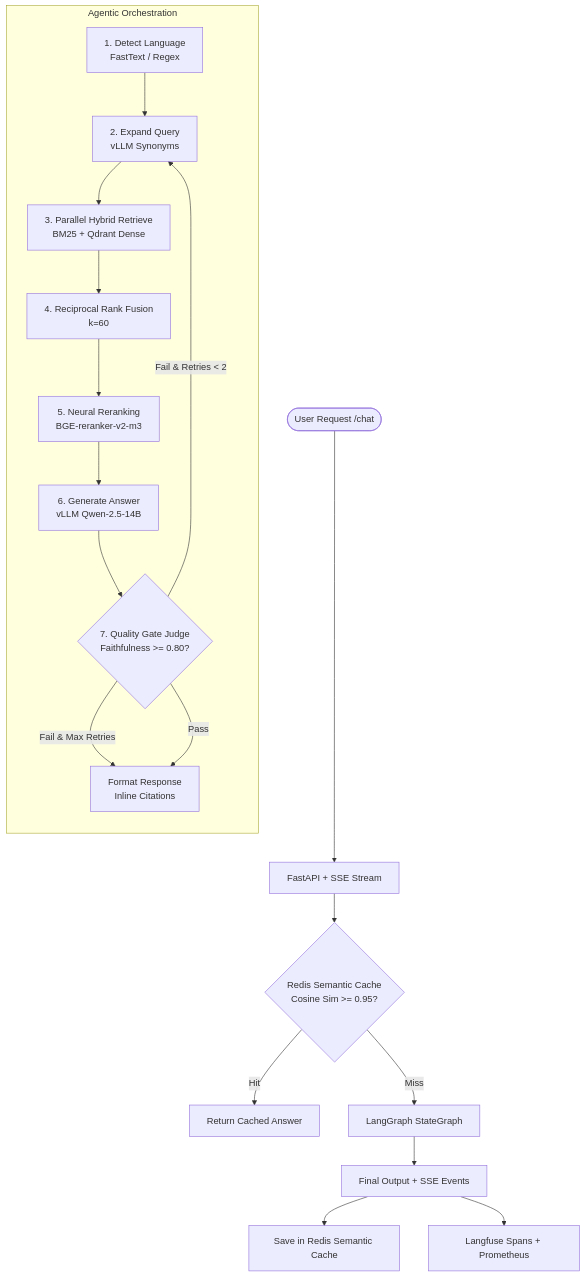
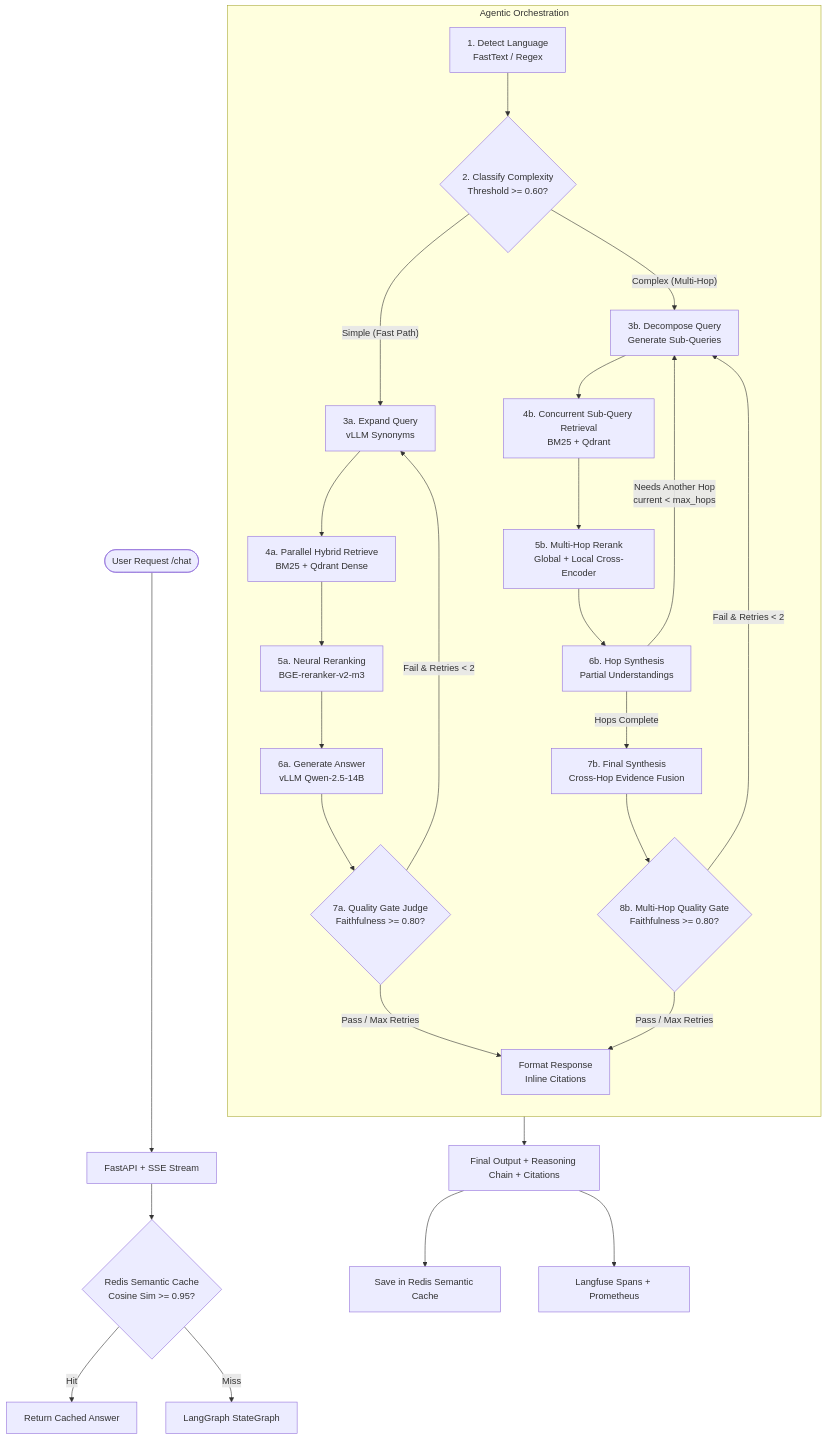
The diagram in README.md (FaizanAKhan786/muhawir), drawn with Mermaid before and after one commit. The commit also changed other lines of this file and 8 other files, not shown here.

Commit message:
feat(agents): add autonomous multi-hop reasoning engine with dynamic query decomposition and cross-hop synthesis

````diff
--- a/README.md
+++ b/README.md
@@ -35,24 +35,36 @@
 ```mermaid
 flowchart TD
     User([User Request /chat]) --> API[FastAPI + SSE Stream]
     API --> CacheCheck{Redis Semantic Cache\nCosine Sim >= 0.95?}
     CacheCheck -- Hit --> CachedResponse[Return Cached Answer]
     CacheCheck -- Miss --> Agent[LangGraph StateGraph]
 
     subgraph Agentic Orchestration
         direction TB
-        N1[1. Detect Language\nFastText / Regex] --> N2[2. Expand Query\nvLLM Synonyms]
-        N2 --> N3[3. Parallel Hybrid Retrieve\nBM25 + Qdrant Dense]
-        N3 --> N4[4. Reciprocal Rank Fusion\nk=60]
-        N4 --> N5[5. Neural Reranking\nBGE-reranker-v2-m3]
-        N5 --> N6[6. Generate Answer\nvLLM Qwen-2.5-14B]
-        N6 --> N7{7. Quality Gate Judge\nFaithfulness >= 0.80?}
-        N7 -- Fail & Retries < 2 --> N2
-        N7 -- Fail & Max Retries --> N8[Format Response\nWarning Badge]
-        N7 -- Pass --> N8[Format Response\nInline Citations]
+        N1[1. Detect Language\nFastText / Regex] --> N_CC{2. Classify Complexity\nThreshold >= 0.60?}
+        
+        %% Fast Path
+        N_CC -- Simple (Fast Path) --> N2[3a. Expand Query\nvLLM Synonyms]
+        N2 --> N3[4a. Parallel Hybrid Retrieve\nBM25 + Qdrant Dense]
+        N3 --> N4[5a. Neural Reranking\nBGE-reranker-v2-m3]
+        N4 --> N5[6a. Generate Answer\nvLLM Qwen-2.5-14B]
+        N5 --> N6{7a. Quality Gate Judge\nFaithfulness >= 0.80?}
+        N6 -- Fail & Retries < 2 --> N2
+        N6 -- Pass / Max Retries --> N_FMT[Format Response\nInline Citations]
+
+        %% Multi-Hop Path
+        N_CC -- Complex (Multi-Hop) --> N_DEC[3b. Decompose Query\nGenerate Sub-Queries]
+        N_DEC --> N_MHR[4b. Concurrent Sub-Query Retrieval\nBM25 + Qdrant]
+        N_MHR --> N_MRR[5b. Multi-Hop Rerank\nGlobal + Local Cross-Encoder]
+        N_MRR --> N_HS[6b. Hop Synthesis\nPartial Understandings]
+        N_HS -- Needs Another Hop\ncurrent < max_hops --> N_DEC
+        N_HS -- Hops Complete --> N_FS[7b. Final Synthesis\nCross-Hop Evidence Fusion]
+        N_FS --> N_QG_MH{8b. Multi-Hop Quality Gate\nFaithfulness >= 0.80?}
+        N_QG_MH -- Fail & Retries < 2 --> N_DEC
+        N_QG_MH -- Pass / Max Retries --> N_FMT
     end
 
-    Agent --> FinalAnswer[Final Output + SSE Events]
+    N_FMT --> FinalAnswer[Final Output + Reasoning Chain + Citations]
     FinalAnswer --> UpdateCache[Save in Redis Semantic Cache]
     FinalAnswer --> Observability[Langfuse Spans + Prometheus]
 ```
````
